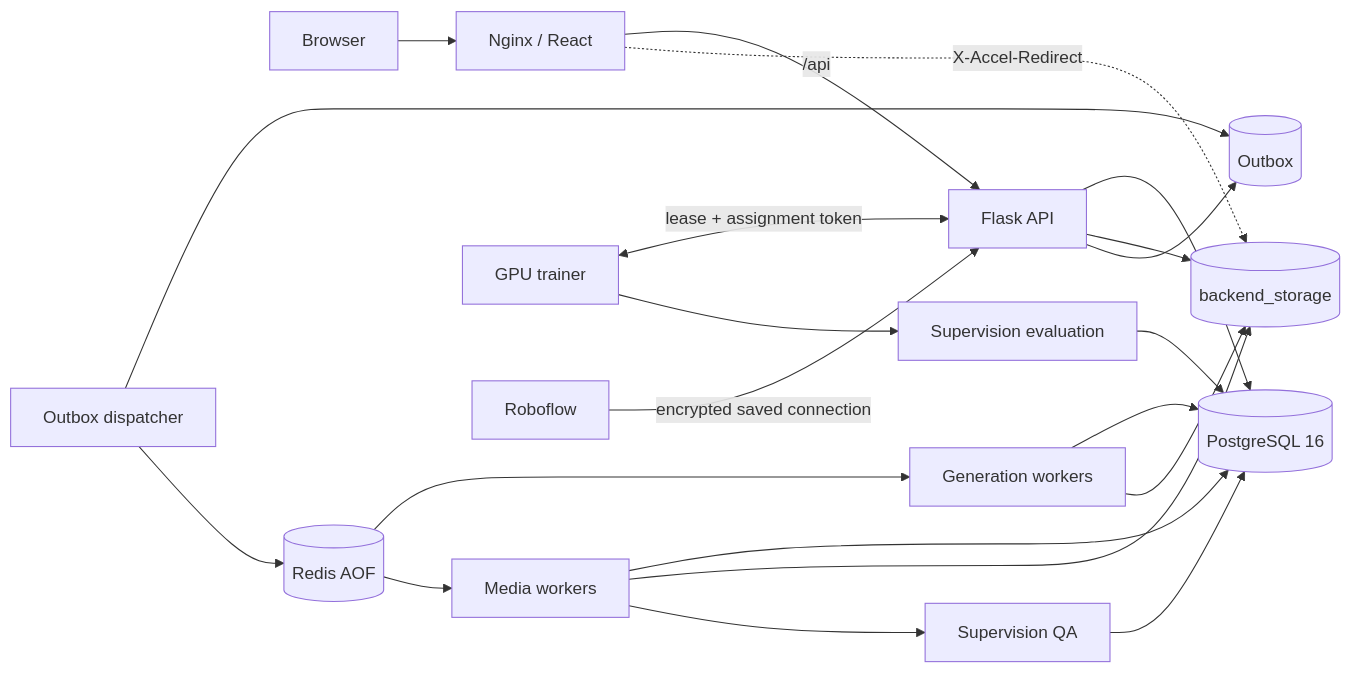
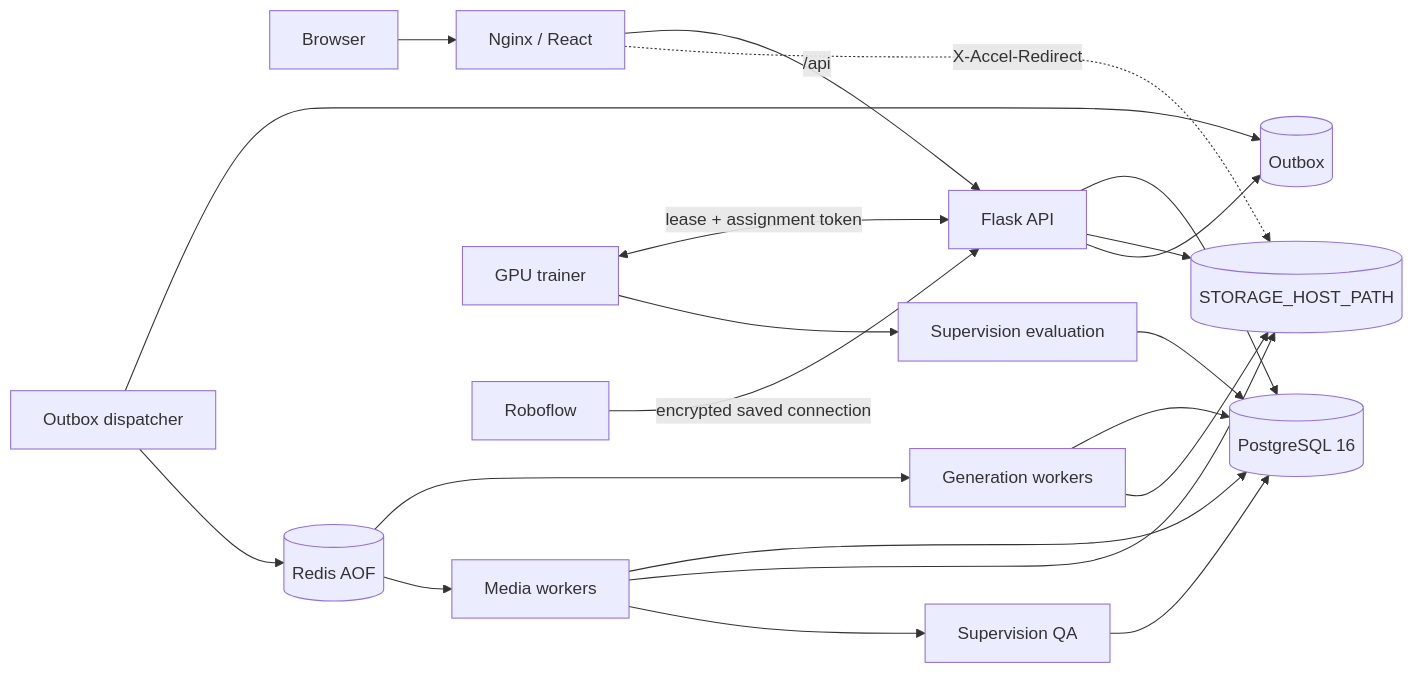
One commit to zuoa/image-dataset-gen changed the diagram in docs/architecture.md. Above: the diagram before and after it, drawn with Mermaid. The commit also changed 6 other files, not shown here.

````diff
--- a/docs/architecture.md
+++ b/docs/architecture.md
@@ -7,23 +7,23 @@
 ```mermaid
 flowchart LR
   U[Browser] --> N[Nginx / React]
   N -->|/api| A[Flask API]
-  N -. X-Accel-Redirect .-> S[(backend_storage)]
+  N -. X-Accel-Redirect .-> S[(STORAGE_HOST_PATH)]
   A --> P[(PostgreSQL 16)]
   A --> S
   A --> O[(Outbox)]
   D[Outbox dispatcher] --> O
   D --> R[(Redis AOF)]
   R --> G[Generation workers]
   R --> M[Media workers]
   G --> P
   G --> S
   M --> P
   M --> S
   M --> Q[Supervision QA]
   Q --> P
   T[GPU trainer] <-->|lease + assignment token| A
   T --> E[Supervision evaluation]
   E --> P
   F[Roboflow] -->|encrypted saved connection| A
 ```
````
